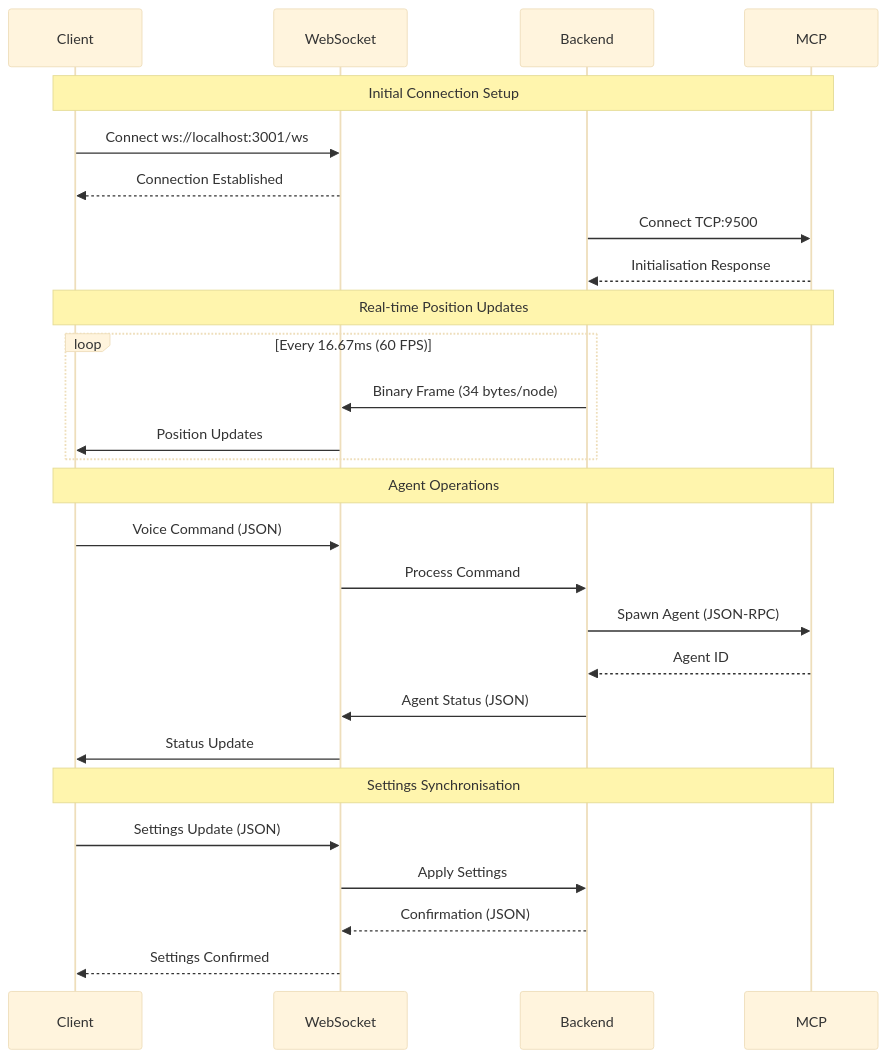
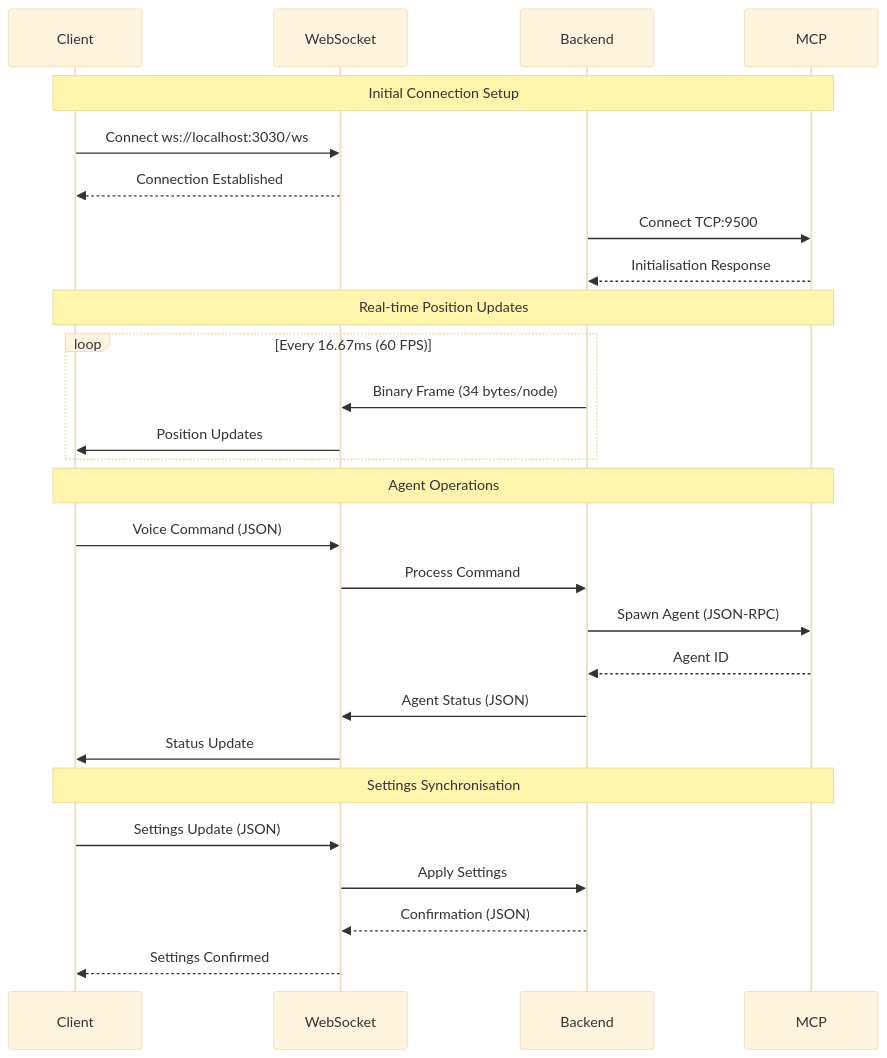
Before and after one commit to DreamLab-AI/VisionFlow: the fourth of 4 diagrams in docs/concepts/networking-and-protocols.md, drawn with Mermaid (base theme). The commit also changed other lines of this file and 35 other files, not shown here.

````diff
--- a/docs/concepts/networking-and-protocols.md
+++ b/docs/concepts/networking-and-protocols.md
@@ -646,33 +646,33 @@
 ```mermaid
 sequenceDiagram
     participant Client
     participant WebSocket
     participant Backend
     participant MCP
 
     Note over Client,MCP: Initial Connection Setup
-    Client->>WebSocket: Connect ws://localhost:3001/ws
+    Client->>WebSocket: Connect ws://localhost:3030/ws
     WebSocket-->>Client: Connection Established
     Backend->>MCP: Connect TCP:9500
     MCP-->>Backend: Initialisation Response
 
     Note over Client,MCP: Real-time Position Updates
     loop Every 16.67ms (60 FPS)
         Backend->>WebSocket: Binary Frame (34 bytes/node)
         WebSocket->>Client: Position Updates
     end
 
     Note over Client,MCP: Agent Operations
     Client->>WebSocket: Voice Command (JSON)
     WebSocket->>Backend: Process Command
     Backend->>MCP: Spawn Agent (JSON-RPC)
     MCP-->>Backend: Agent ID
     Backend->>WebSocket: Agent Status (JSON)
     WebSocket->>Client: Status Update
 
     Note over Client,MCP: Settings Synchronisation
     Client->>WebSocket: Settings Update (JSON)
     WebSocket->>Backend: Apply Settings
     Backend-->>WebSocket: Confirmation (JSON)
     WebSocket-->>Client: Settings Confirmed
 ```
````
